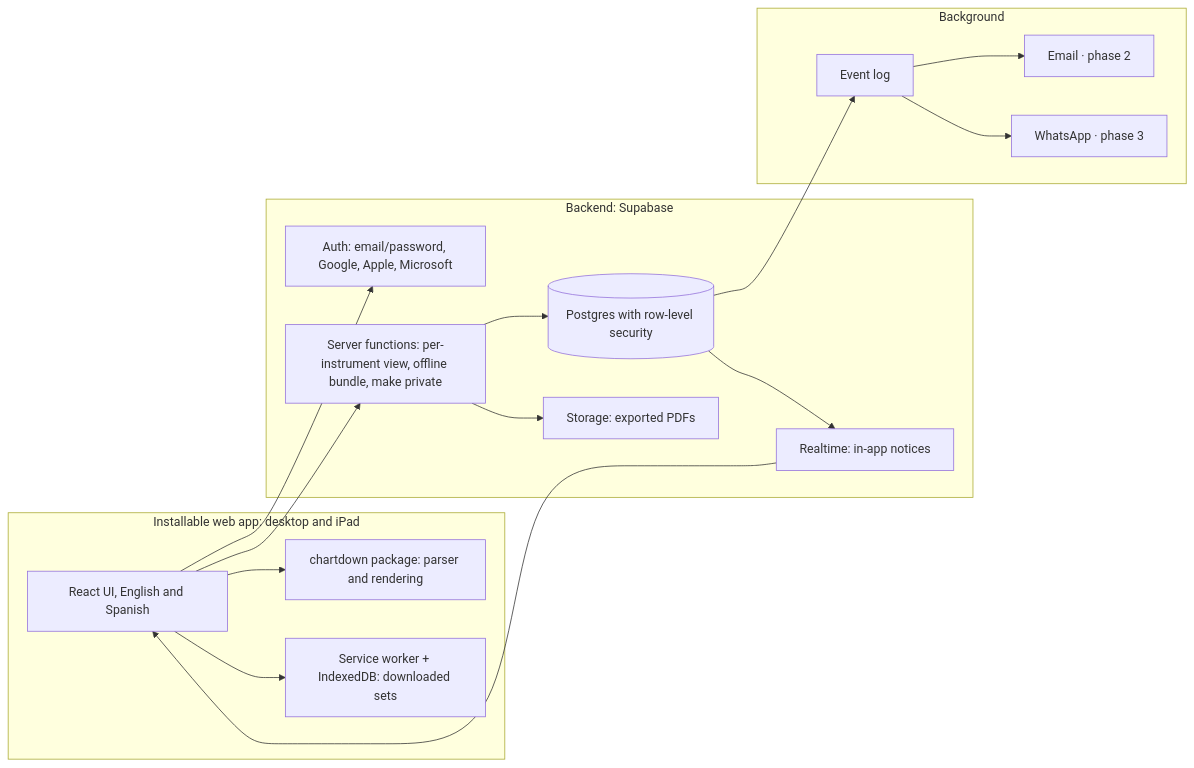
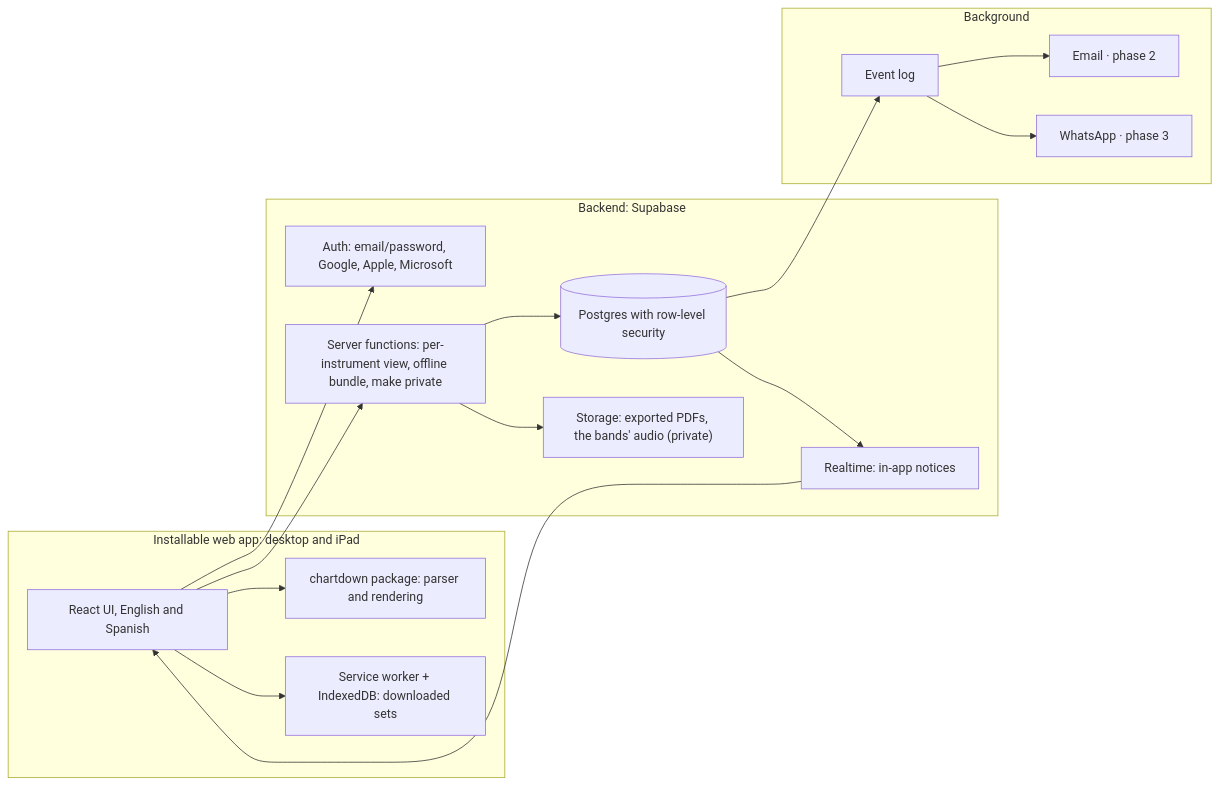
One commit to carloszaragoza/ChartDown-App changed the diagram in specs/plan-tecnico.md. Above: the diagram before and after it, drawn with Mermaid. The commit also changed other lines of this file and 2 other files, not shown here.

Commit message:
chore: spec E26, the band's audio (R-06.7)
Claude-Session: https://claude.ai/code/session_014iLFyLdA4QhbrSRt7Ekdm4

````diff
--- a/specs/plan-tecnico.md
+++ b/specs/plan-tecnico.md
@@ -42,31 +42,31 @@
 ```mermaid
 flowchart LR
   subgraph Client["Installable web app: desktop and iPad"]
     UI["React UI, English and Spanish"]
     CORE["chartdown package: parser and rendering"]
     OFF["Service worker + IndexedDB: downloaded sets"]
   end
   subgraph Backend["Backend: Supabase"]
     AUTH["Auth: email/password, Google, Apple, Microsoft"]
     DB[("Postgres with row-level security")]
     FN["Server functions: per-instrument view, offline bundle, make private"]
     RT["Realtime: in-app notices"]
-    ST["Storage: exported PDFs"]
+    ST["Storage: exported PDFs, the bands' audio (private)"]
   end
   subgraph Jobs["Background"]
     OUT["Event log"]
     MAIL["Email · phase 2"]
     WA["WhatsApp · phase 3"]
   end
   UI --> CORE
   UI --> OFF
   UI --> AUTH
   UI --> FN
   FN --> DB
   DB --> RT
   RT --> UI
   DB --> OUT
   OUT --> MAIL
   OUT --> WA
   FN --> ST
 ```
````
